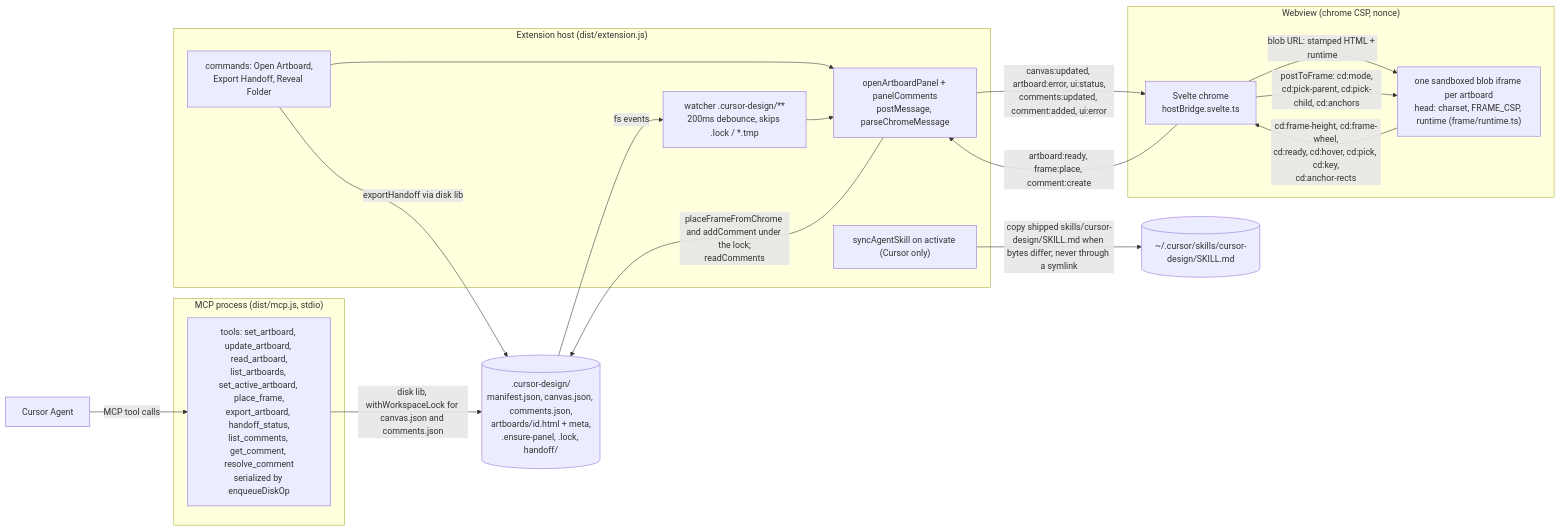
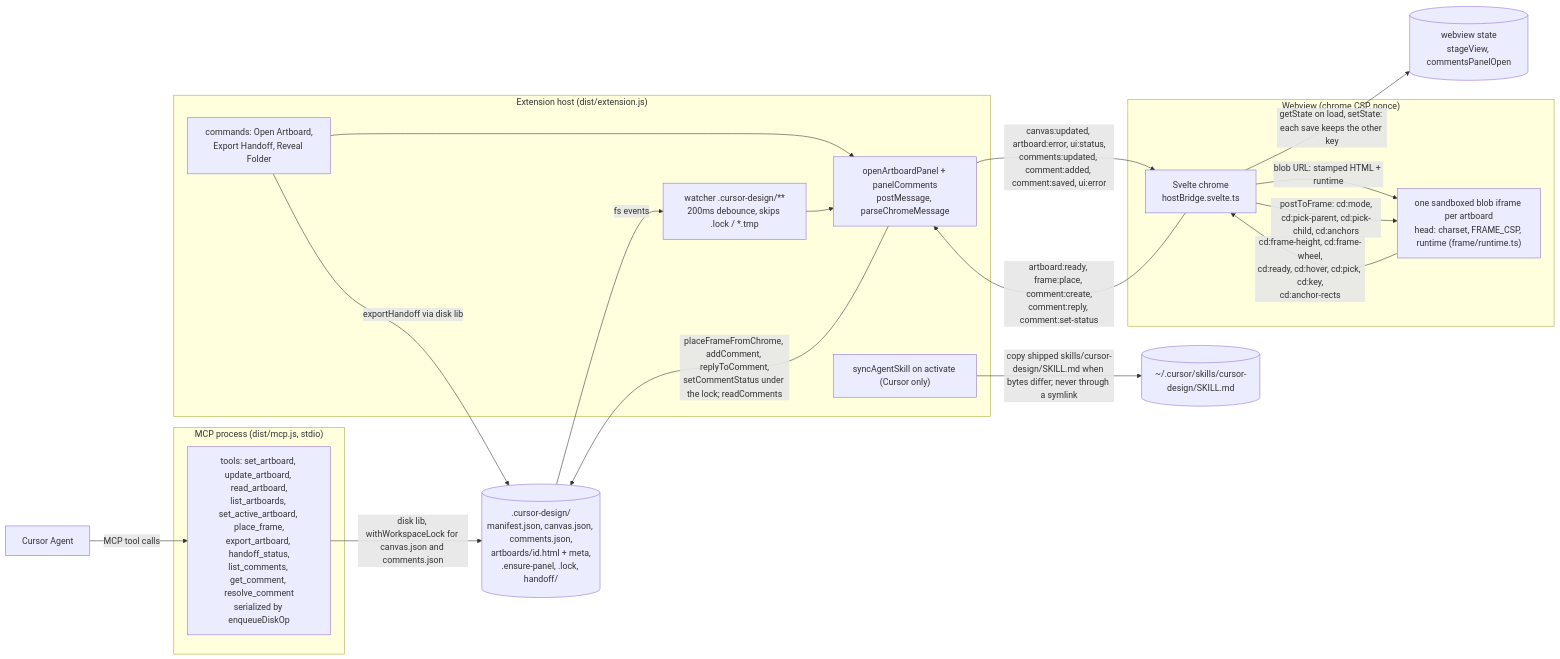
One commit to MarekBombera/cursor-design-extension changed the first of 9 diagrams in blueprint/context/system-map.md. Above: the diagram before and after it, drawn with Mermaid. The commit also changed other lines of this file and 38 other files, not shown here.

First line of the commit message:
feat: add the comments panel with reply, resolve, reopen and click to jump (8g)

````diff
--- a/blueprint/context/system-map.md
+++ b/blueprint/context/system-map.md
@@ -41,33 +41,35 @@
 ```mermaid
 flowchart LR
   Agent["Cursor Agent"]
   subgraph MCP["MCP process (dist/mcp.js, stdio)"]
     Tools["tools: set_artboard, update_artboard, read_artboard,<br/>list_artboards, set_active_artboard, place_frame,<br/>export_artboard, handoff_status,<br/>list_comments, get_comment, resolve_comment<br/>serialized by enqueueDiskOp"]
   end
   subgraph Host["Extension host (dist/extension.js)"]
     Watcher["watcher .cursor-design/**<br/>200ms debounce, skips .lock / *.tmp"]
     Panel["openArtboardPanel + panelComments<br/>postMessage, parseChromeMessage"]
     Cmds["commands: Open Artboard,<br/>Export Handoff, Reveal Folder"]
     Skill["syncAgentSkill on activate (Cursor only)"]
   end
   subgraph Webview["Webview (chrome CSP, nonce)"]
     Chrome["Svelte chrome<br/>hostBridge.svelte.ts"]
     Frames["one sandboxed blob iframe per artboard<br/>head: charset, FRAME_CSP, runtime (frame/runtime.ts)"]
   end
   Disk[(".cursor-design/<br/>manifest.json, canvas.json, comments.json,<br/>artboards/id.html + meta,<br/>.ensure-panel, .lock, handoff/")]
   Home[("~/.cursor/skills/cursor-design/SKILL.md")]
+  State[("webview state<br/>stageView, commentsPanelOpen")]
 
   Agent -->|MCP tool calls| Tools
   Tools -->|disk lib, withWorkspaceLock for canvas.json and comments.json| Disk
   Skill -->|copy shipped skills/cursor-design/SKILL.md when bytes differ; never through a symlink| Home
   Disk -->|fs events| Watcher
   Watcher --> Panel
   Cmds --> Panel
   Cmds -->|exportHandoff via disk lib| Disk
-  Panel -->|canvas:updated, artboard:error, ui:status,<br/>comments:updated, comment:added, ui:error| Chrome
-  Chrome -->|artboard:ready, frame:place, comment:create| Panel
-  Panel -->|placeFrameFromChrome and addComment under the lock;<br/>readComments| Disk
+  Panel -->|canvas:updated, artboard:error, ui:status,<br/>comments:updated, comment:added, comment:saved, ui:error| Chrome
+  Chrome -->|artboard:ready, frame:place, comment:create,<br/>comment:reply, comment:set-status| Panel
+  Panel -->|placeFrameFromChrome, addComment, replyToComment,<br/>setCommentStatus under the lock; readComments| Disk
+  Chrome -->|getState on load, setState: each save keeps the other key| State
   Chrome -->|blob URL: stamped HTML + runtime| Frames
   Frames -->|cd:frame-height, cd:frame-wheel,<br/>cd:ready, cd:hover, cd:pick, cd:key,<br/>cd:anchor-rects| Chrome
   Chrome -->|postToFrame: cd:mode,<br/>cd:pick-parent, cd:pick-child, cd:anchors| Frames
 ```
````
